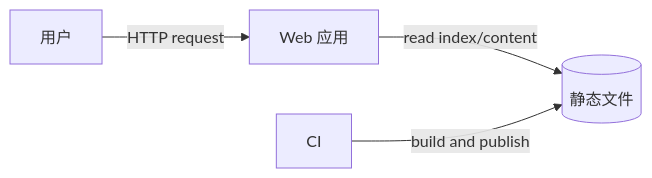
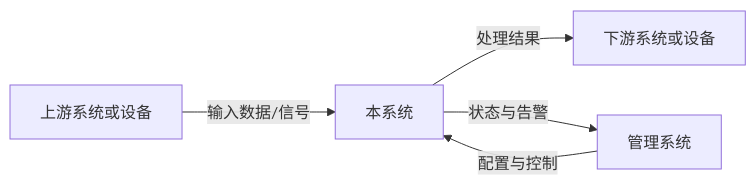
The first of 3 diagrams in templates/design/architecture-design.md (corezilla/STD), drawn with Mermaid before and after one commit. The commit also changed other lines of this file and 11 other files, not shown here.

````diff
--- a/templates/design/architecture-design.md
+++ b/templates/design/architecture-design.md
@@ -103,6 +119,7 @@
 ```mermaid
 flowchart LR
-    U[用户] -->|HTTP request| W[Web 应用]
-    W -->|read index/content| S[(静态文件)]
-    CI[CI] -->|build and publish| S
+    A[上游系统或设备] -->|输入数据/信号| S[本系统]
+    M[管理系统] -->|配置与控制| S
+    S -->|处理结果| B[下游系统或设备]
+    S -->|状态与告警| M
 ```
````
